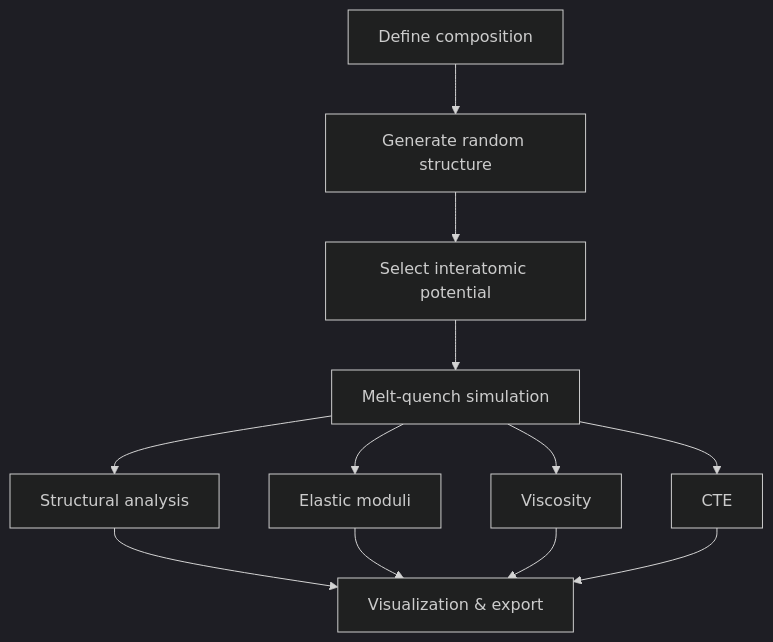
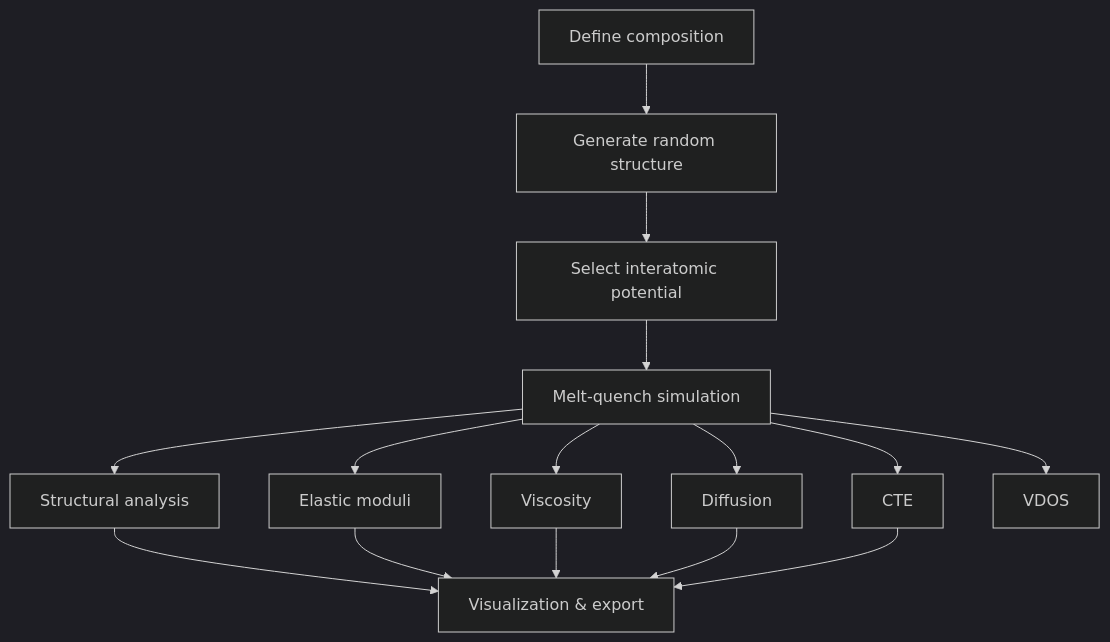
Before and after one commit to glasagent/amorphouspy: the diagram in docs/tutorial.md, drawn with Mermaid (dark theme). The commit also changed 6 other files, not shown here.

````diff
--- a/docs/tutorial.md
+++ b/docs/tutorial.md
@@ -7,14 +7,17 @@
 ```mermaid
 graph TD
     A[Define composition] --> B[Generate random structure]
     B --> C[Select interatomic potential]
     C --> D[Melt-quench simulation]
     D --> E[Structural analysis]
     D --> F[Elastic moduli]
     D --> G[Viscosity]
-    D --> H[CTE]
-    E --> I[Visualization & export]
-    F --> I
-    G --> I
-    H --> I
+    D --> H[Diffusion]
+    D --> J[CTE]
+    D --> I[VDOS]
+    E --> K[Visualization & export]
+    F --> K
+    G --> K
+    H --> K
+    J --> K
 ```
````
